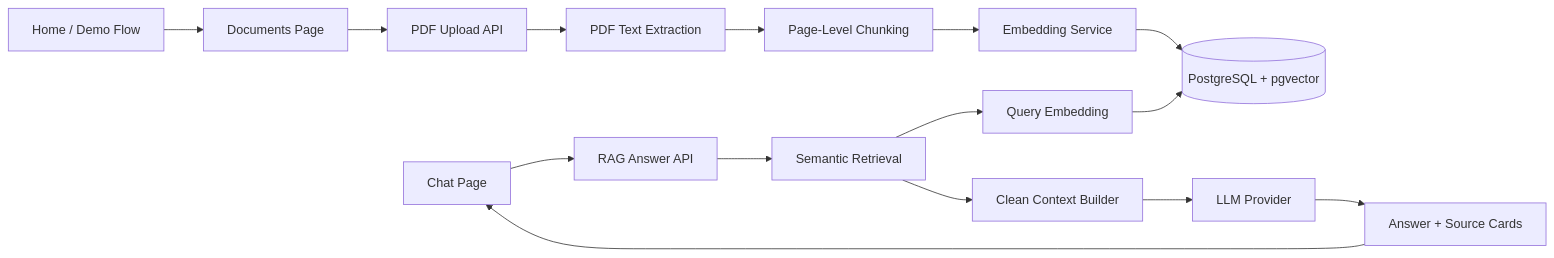
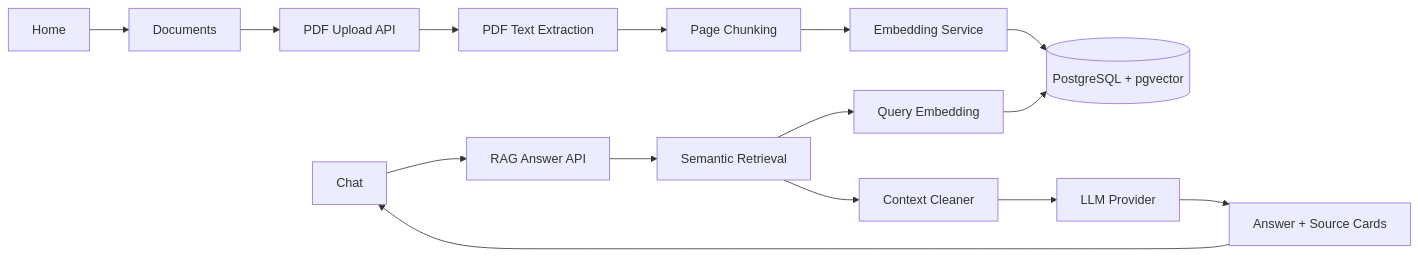
One commit to Skittelz999/clinical-rag-assistant changed the diagram in README.md. Above: the diagram before and after it, drawn with Mermaid. The commit also changed other lines of this file and 86 other files, not shown here.

````diff
--- a/README.md
+++ b/README.md
@@ -54,17 +38,17 @@
 ```mermaid
 flowchart LR
-  Home["Home / Demo Flow"] --> Documents["Documents Page"]
+  Home["Home"] --> Documents["Documents"]
   Documents --> Upload["PDF Upload API"]
   Upload --> Extract["PDF Text Extraction"]
-  Extract --> Chunk["Page-Level Chunking"]
+  Extract --> Chunk["Page Chunking"]
   Chunk --> Embed["Embedding Service"]
   Embed --> DB[("PostgreSQL + pgvector")]
-  Chat["Chat Page"] --> RAG["RAG Answer API"]
+  Chat["Chat"] --> RAG["RAG Answer API"]
   RAG --> Retrieve["Semantic Retrieval"]
   Retrieve --> QueryEmbed["Query Embedding"]
   QueryEmbed --> DB
-  Retrieve --> Context["Clean Context Builder"]
+  Retrieve --> Context["Context Cleaner"]
   Context --> LLM["LLM Provider"]
   LLM --> Sources["Answer + Source Cards"]
   Sources --> Chat
 ```
````
